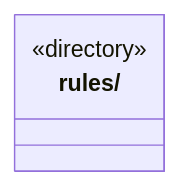
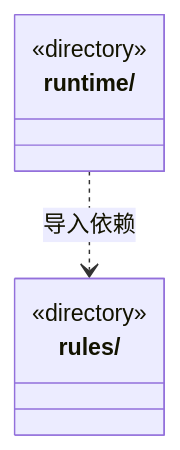
Before and after one commit to nan023062/cbim: the diagram in src/logic/team/ARCHITECTURE.md, drawn with Mermaid. The commit also changed other lines of this file and 456 other files, not shown here.

````diff
--- a/src/logic/team/ARCHITECTURE.md
+++ b/src/logic/team/ARCHITECTURE.md
@@ -15,6 +15,10 @@
 ```mermaid
 classDiagram
 class N_src_logic_team_rules["rules/"] {
   <<directory>>
 }
+class N_src_logic_team_runtime["runtime/"] {
+  <<directory>>
+}
+N_src_logic_team_runtime ..> N_src_logic_team_rules : 导入依赖
 ```
````
